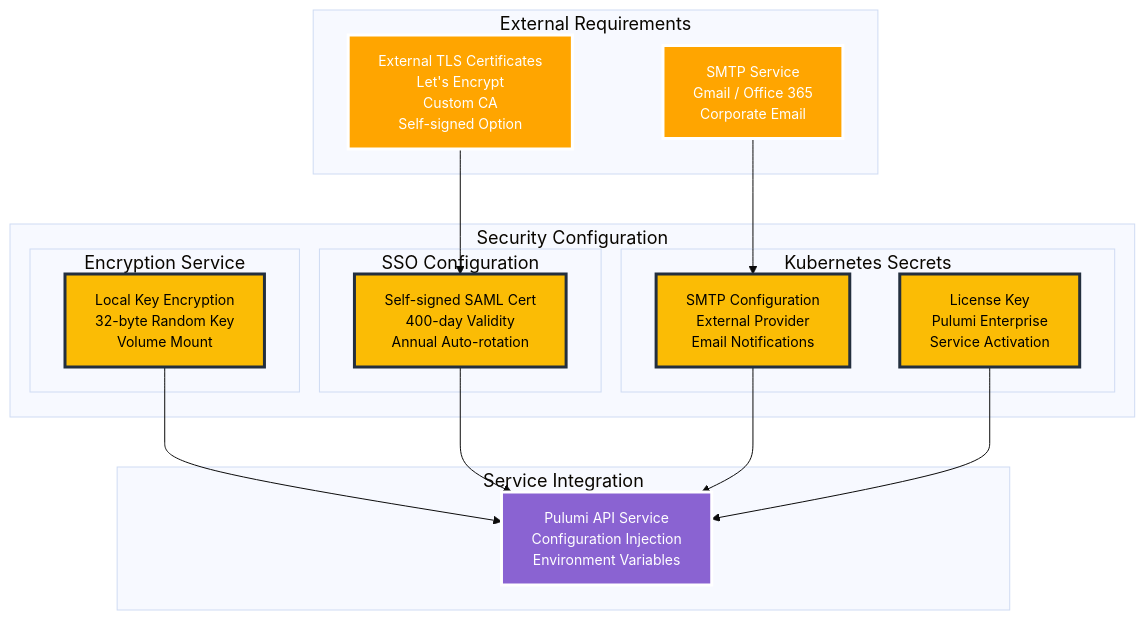
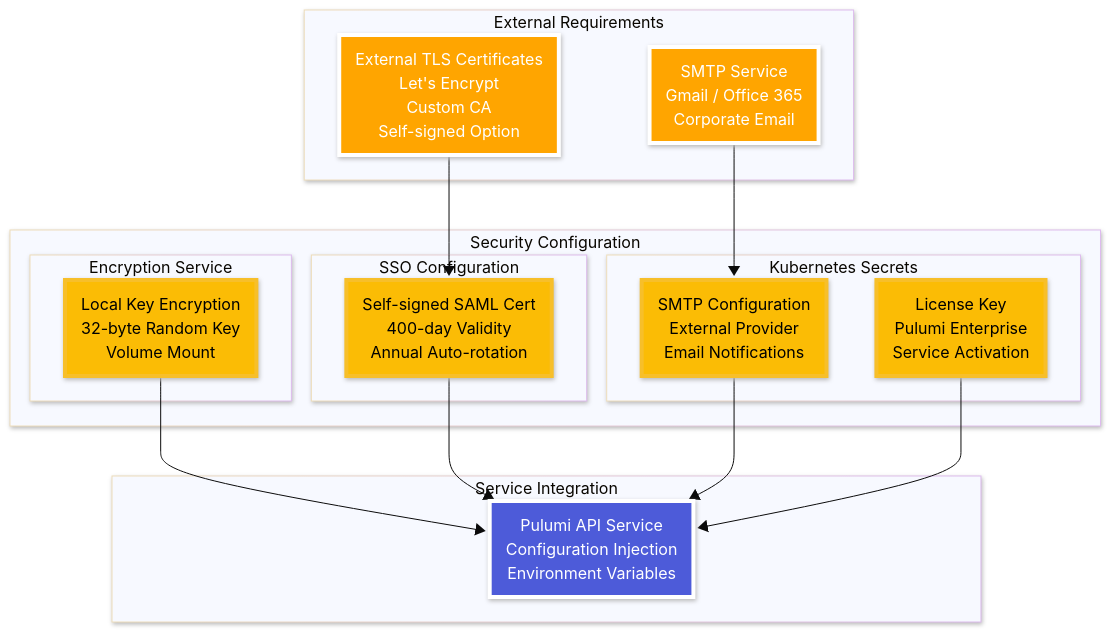
The diagram in gke-hosted/diagrams/05-security.mmd (pulumi/pulumi-self-hosted-installers), drawn with Mermaid before and after one commit. The commit also changed 55 other files, not shown here.

```diff
--- a/gke-hosted/diagrams/05-security.mmd
+++ b/gke-hosted/diagrams/05-security.mmd
@@ -1,37 +1,41 @@
-%%{init: {'theme':'base', 'themeVariables': {'fontSize': '18px', 'fontFamily': 'Arial, sans-serif'}}}%%
+---
+config:
+  look: neo
+  theme: base
+---
 graph TD
-    classDef security fill:#FBBC05,stroke:#232F3E,stroke-width:3px,color:#000000,font-size:14px
-    classDef external fill:#FFA500,stroke:#FFFFFF,stroke-width:3px,color:#FFFFFF,font-size:14px
-    classDef pulumi fill:#8A63D2,stroke:#FFFFFF,stroke-width:3px,color:#FFFFFF,font-size:14px
+    classDef security fill:#FBBC05,stroke:#f7bf2a,stroke-width:4px,color:#000000
+    classDef external fill:#FFA500,stroke:#FFFFFF,stroke-width:4px,color:#FFFFFF
+    classDef pulumi fill:#4d5bd9,stroke:#FFFFFF,stroke-width:4px,color:#FFFFFF
     
     subgraph SECURITY["Security Configuration"]
         subgraph ENC["Encryption Service"]
             LOCAL_ENC[Local Key Encryption<br/>32-byte Random Key<br/>Volume Mount]:::security
         end
         
         subgraph SSO["SSO Configuration"]
             SAML_CERT[Self-signed SAML Cert<br/>400-day Validity<br/>Annual Auto-rotation]:::security
         end
         
         subgraph SECRETS["Kubernetes Secrets"]
             SMTP_CONFIG[SMTP Configuration<br/>External Provider<br/>Email Notifications]:::security
             LICENSE[License Key<br/>Pulumi Enterprise<br/>Service Activation]:::security
         end
     end
     
     subgraph EXT["External Requirements"]
         TLS_EXTERNAL[External TLS Certificates<br/>Let's Encrypt<br/>Custom CA<br/>Self-signed Option]:::external
         SMTP_EXTERNAL[SMTP Service<br/>Gmail / Office 365<br/>Corporate Email]:::external
     end
     
     subgraph SVC["Service Integration"]
         API_REF[Pulumi API Service<br/>Configuration Injection<br/>Environment Variables]:::pulumi
     end
     
     TLS_EXTERNAL --> SAML_CERT
     SMTP_EXTERNAL --> SMTP_CONFIG
     
     LOCAL_ENC --> API_REF
     SAML_CERT --> API_REF
     SMTP_CONFIG --> API_REF
     LICENSE --> API_REF
```
